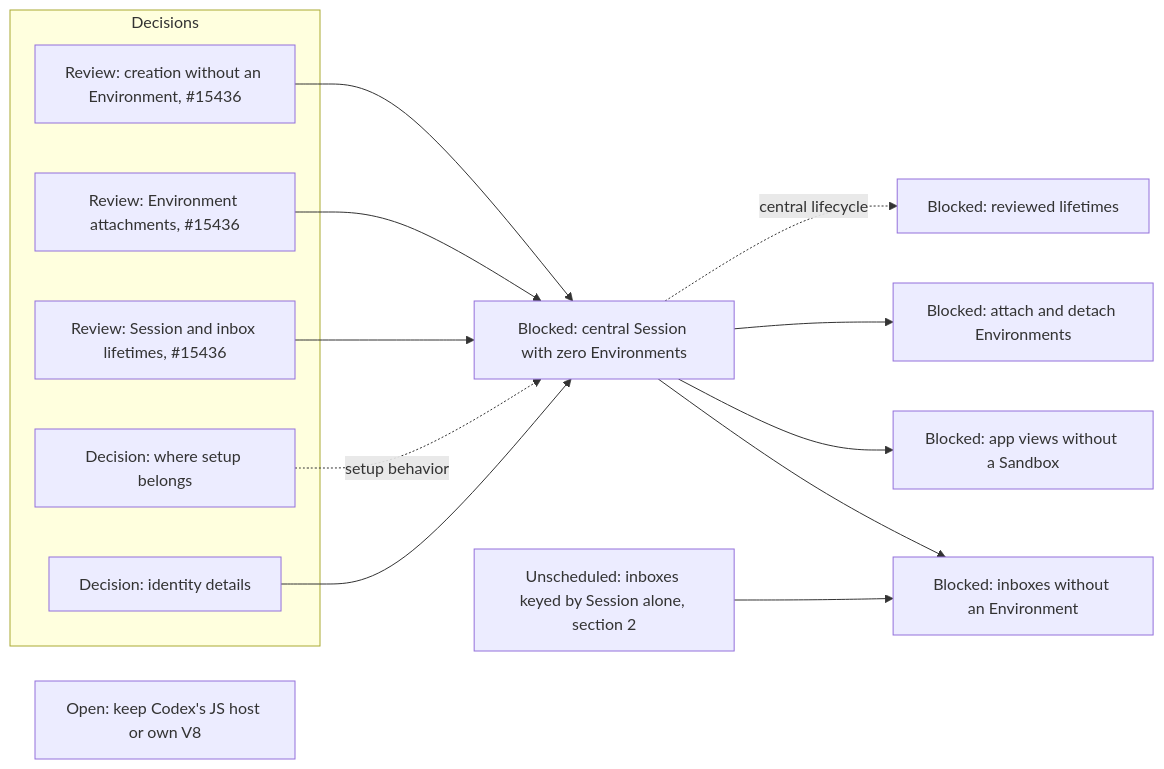
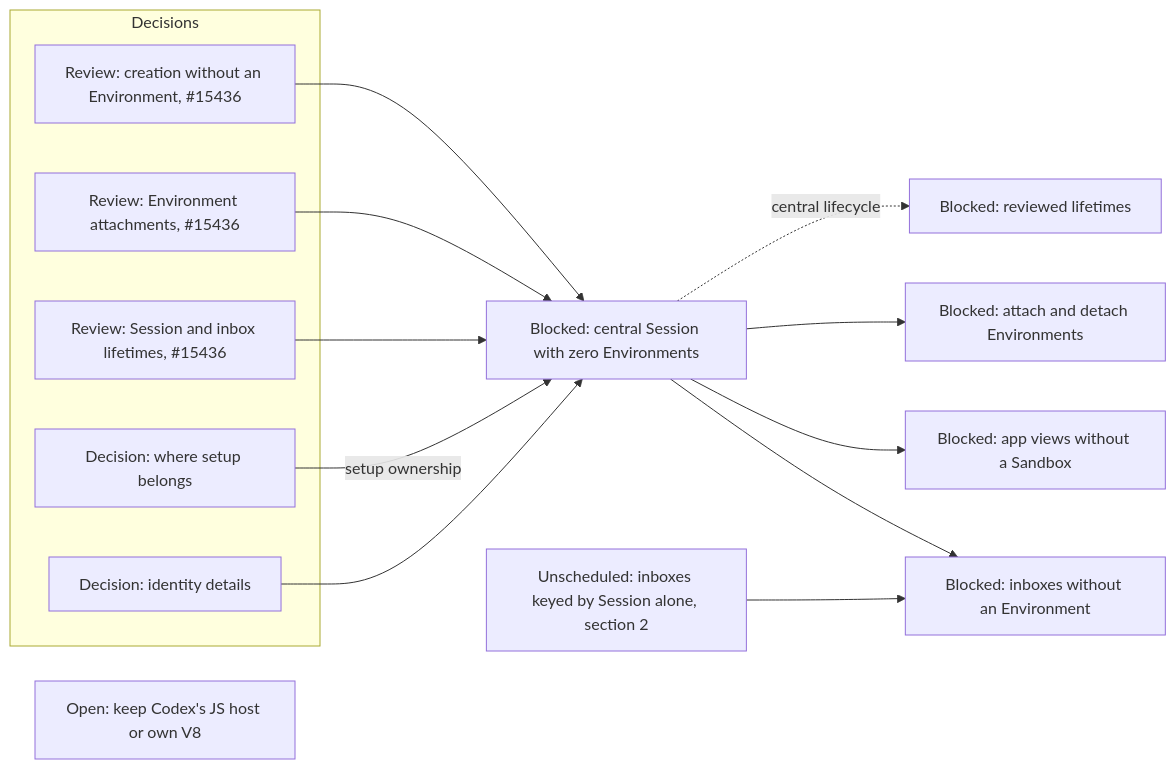
The second of 20 diagrams in agentplane/plans/task_dag.md (agentydragon/ducktape), drawn with Mermaid before and after one commit. The commit also changed other lines of this file and 2 other files, not shown here.

First line of the commit message:
Record the HarnessHost Session status sketch and keep setup per Session

````diff
--- a/agentplane/plans/task_dag.md
+++ b/agentplane/plans/task_dag.md
@@ -238,22 +238,22 @@
 ```mermaid
 flowchart LR
     subgraph DECIDE[Decisions]
         CENTRAL_SESSION_CREATION_CONTRACT[Review: creation without an Environment, #15436]
         SESSION_ATTACHMENT_CONTRACT[Review: Environment attachments, #15436]
         SESSION_AND_INBOX_LIFETIME[Review: Session and inbox lifetimes, #15436]
         SESSION_ENVIRONMENT_SETUP_DESIGN[Decision: where setup belongs]
         SESSION_IDENTITY_CONTRACT[Decision: identity details]
     end
     CENTRAL_SESSION_WITHOUT_ENVIRONMENT[Blocked: central Session with zero Environments]
     CODE_MODE_HOST_DESIGN[Open: keep Codex's JS host or own V8]
     CENTRAL_SESSION_CREATION_CONTRACT --> CENTRAL_SESSION_WITHOUT_ENVIRONMENT
     SESSION_ATTACHMENT_CONTRACT --> CENTRAL_SESSION_WITHOUT_ENVIRONMENT
     SESSION_AND_INBOX_LIFETIME --> CENTRAL_SESSION_WITHOUT_ENVIRONMENT
     SESSION_IDENTITY_CONTRACT --> CENTRAL_SESSION_WITHOUT_ENVIRONMENT
-    SESSION_ENVIRONMENT_SETUP_DESIGN -. setup behavior .-> CENTRAL_SESSION_WITHOUT_ENVIRONMENT
+    SESSION_ENVIRONMENT_SETUP_DESIGN -- setup ownership --> CENTRAL_SESSION_WITHOUT_ENVIRONMENT
     CENTRAL_SESSION_WITHOUT_ENVIRONMENT --> CENTRAL_SESSION_NOTIFICATIONS[Blocked: inboxes without an Environment]
     INBOX_SESSION_KEYING[Unscheduled: inboxes keyed by Session alone, section 2] --> CENTRAL_SESSION_NOTIFICATIONS
     CENTRAL_SESSION_WITHOUT_ENVIRONMENT --> SESSION_HISTORY_PRESENTATION[Blocked: app views without a Sandbox]
     CENTRAL_SESSION_WITHOUT_ENVIRONMENT --> SESSION_ENV_ATTACHMENTS[Blocked: attach and detach Environments]
     CENTRAL_SESSION_WITHOUT_ENVIRONMENT -. central lifecycle .-> SESSION_LIFETIME_IMPLEMENTATION[Blocked: reviewed lifetimes]
 ```
````
